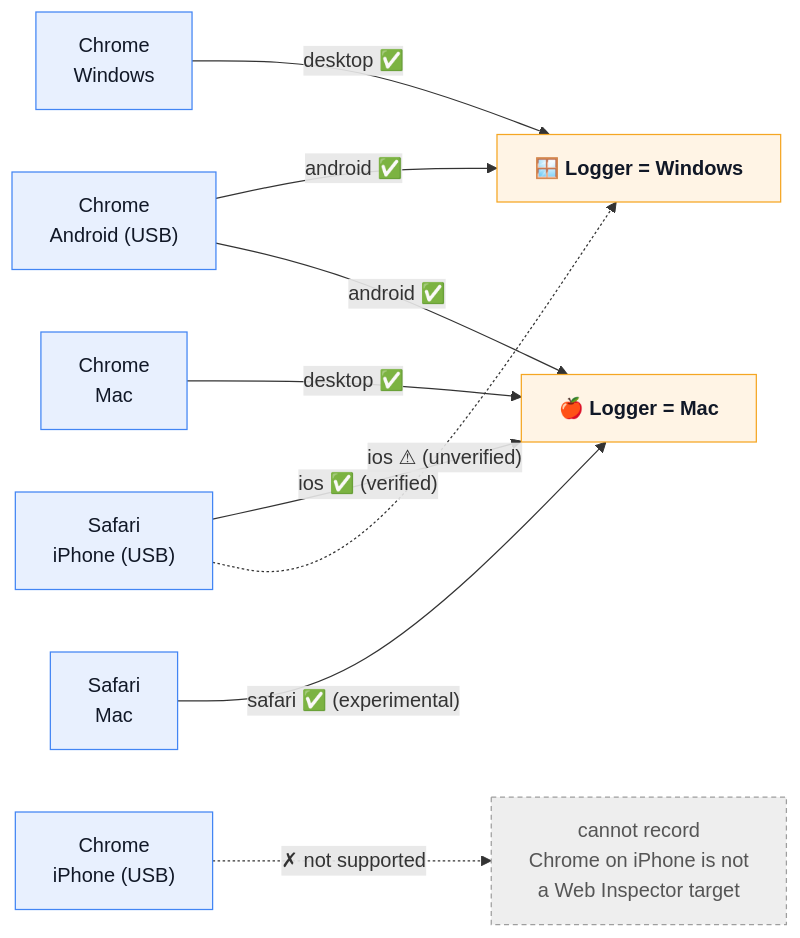
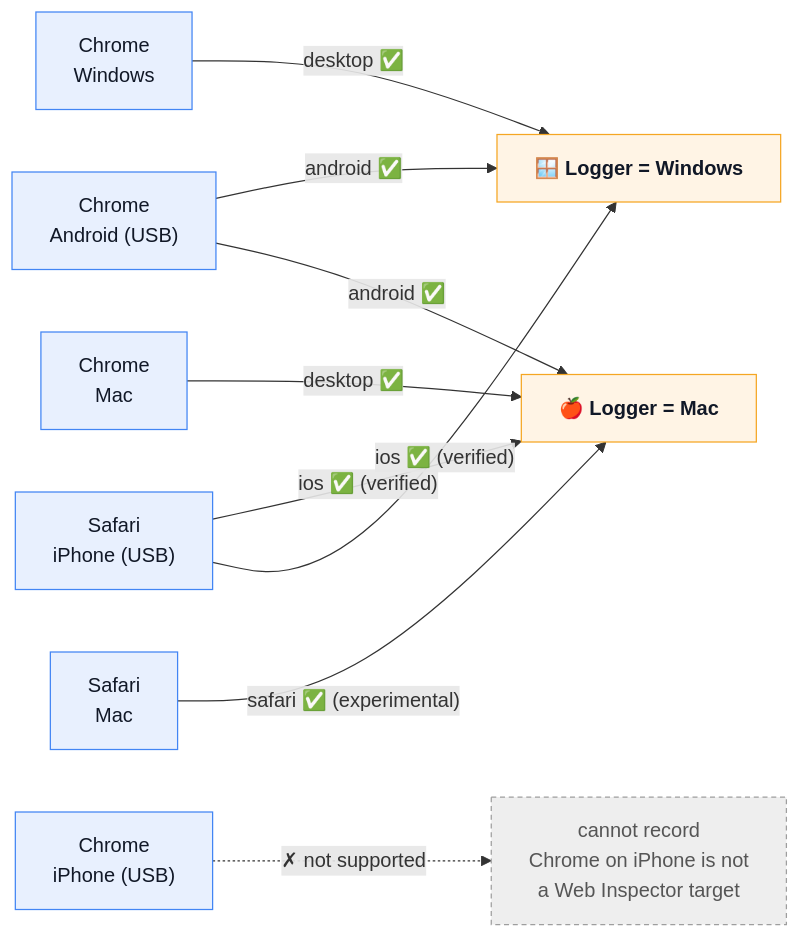
Before and after one commit to junf/green_light: the diagram in README.en.md, drawn with Mermaid. The commit also changed other lines of this file and 1 other file, not shown here.

First line of the commit message:
README: iOS on Windows is verified now, and say which pymobiledevice3 is required

````diff
--- a/README.en.md
+++ b/README.en.md
@@ -103,27 +104,27 @@
 ```mermaid
 flowchart LR
   %% Left = target browser / right = logger host. Edge label = the source to use.
   %% A missing (or dotted) edge = unverified or not supported.
   classDef browser fill:#e8f0fe,stroke:#4285f4,color:#111827;
   classDef host fill:#fff4e5,stroke:#f5a623,color:#111827,font-weight:bold;
   classDef na fill:#eeeeee,stroke:#9e9e9e,color:#555,stroke-dasharray:4 3;
 
   CW["Chrome<br/>Windows"]:::browser
   CM["Chrome<br/>Mac"]:::browser
   CA["Chrome<br/>Android (USB)"]:::browser
   CI["Chrome<br/>iPhone (USB)"]:::browser
   SM["Safari<br/>Mac"]:::browser
   SI["Safari<br/>iPhone (USB)"]:::browser
 
   HW["🪟 Logger = Windows"]:::host
   HM["🍎 Logger = Mac"]:::host
 
   CW -->|"desktop ✅"| HW
   CM -->|"desktop ✅"| HM
   CA -->|"android ✅"| HW
   CA -->|"android ✅"| HM
   SM -->|"safari ✅ (experimental)"| HM
   SI -->|"ios ✅ (verified)"| HM
-  SI -.->|"ios ⚠ (unverified)"| HW
+  SI -->|"ios ✅ (verified)"| HW
   CI -.->|"✗ not supported"| NA["cannot record<br/>Chrome on iPhone is not<br/>a Web Inspector target"]:::na
 ```
````
